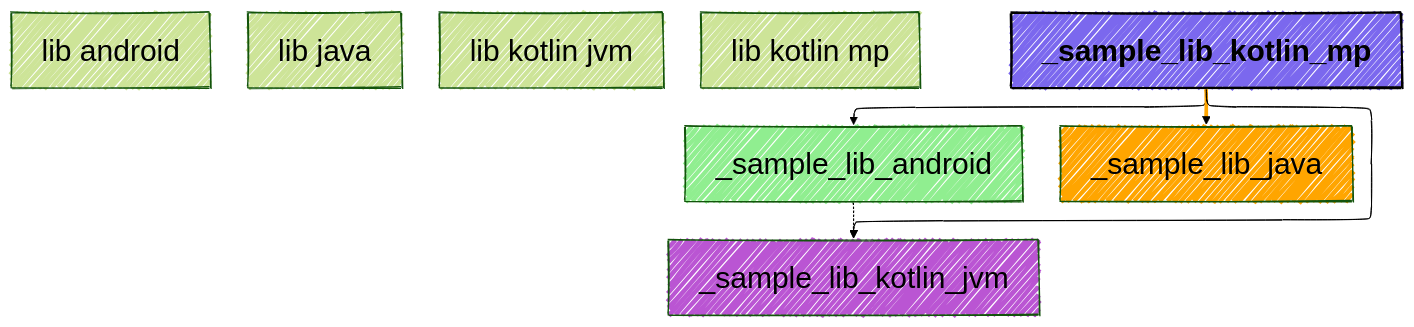
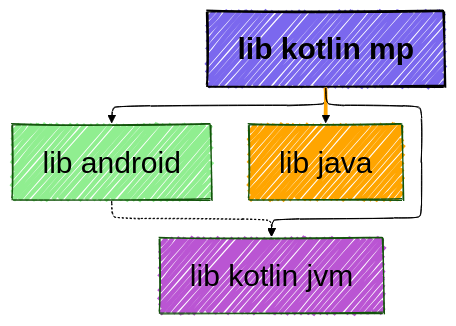
One commit to jonapoul/atlas changed the diagram in samples/sample-mermaid/sample-lib-kotlin-mp/modular/chart.mmd. Above: the diagram before and after it, drawn with Mermaid. The commit also changed 17 other files, not shown here.

Commit message:
Fix mermaid writer

```diff
--- a/samples/sample-mermaid/sample-lib-kotlin-mp/modular/chart.mmd
+++ b/samples/sample-mermaid/sample-lib-kotlin-mp/modular/chart.mmd
@@ -1,35 +1,35 @@
 ---
 config:
   layout: elk
   look: handDrawn
   theme: forest
   elk:
     mergeEdges: true
     forceNodeModelOrder: true
     nodePlacementStrategy: LINEAR_SEGMENTS
     cycleBreakingStrategy: INTERACTIVE
     considerModelOrder: PREFER_EDGES
   themeVariables:
     background: #FFF
     fontFamily: arial
     lineColor: #55FF55
     primaryBorderColor: #FF5555
     primaryColor: #ABC123
     darkMode: true
     fontSize: 30px
     defaultLinkColor: #5555FF
 ---
 graph TD
   lib_android["lib android"]
   lib_java["lib java"]
   lib_kotlin_jvm["lib kotlin jvm"]
   lib_kotlin_mp["lib kotlin mp"]
-  style _sample_lib_android fill:lightgreen,color:black
-  style _sample_lib_java fill:orange,color:black
-  style _sample_lib_kotlin_jvm fill:mediumorchid,color:black
-  style _sample_lib_kotlin_mp fill:mediumslateblue,color:black,font-weight:bold,stroke:black,stroke-width:2px
-  _sample_lib_android -.-> _sample_lib_kotlin_jvm
-  _sample_lib_kotlin_mp --> _sample_lib_android
-  _sample_lib_kotlin_mp ==> _sample_lib_java
+  style lib_android fill:lightgreen,color:black
+  style lib_java fill:orange,color:black
+  style lib_kotlin_jvm fill:mediumorchid,color:black
+  style lib_kotlin_mp fill:mediumslateblue,color:black,font-weight:bold,stroke:black,stroke-width:2px
+  lib_android -.-> lib_kotlin_jvm
+  lib_kotlin_mp --> lib_android
+  lib_kotlin_mp ==> lib_java
   linkStyle 2 stroke:orange
-  _sample_lib_kotlin_mp --> _sample_lib_kotlin_jvm
+  lib_kotlin_mp --> lib_kotlin_jvm
```
